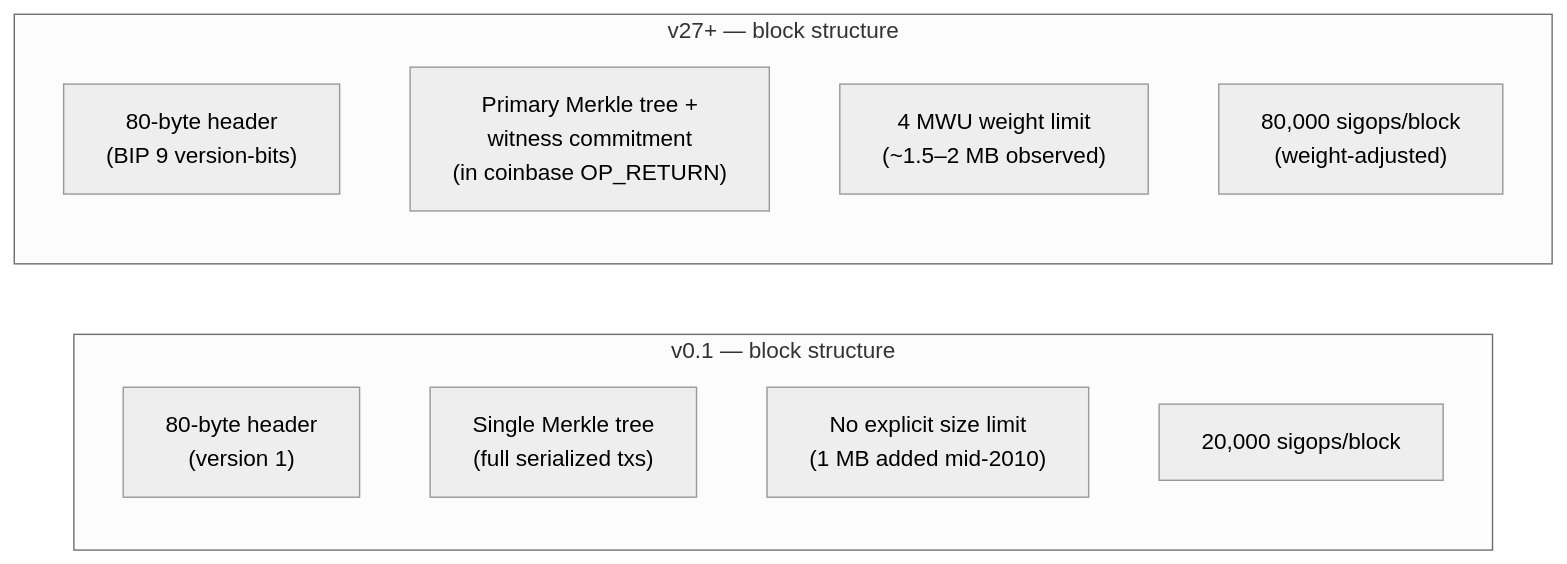
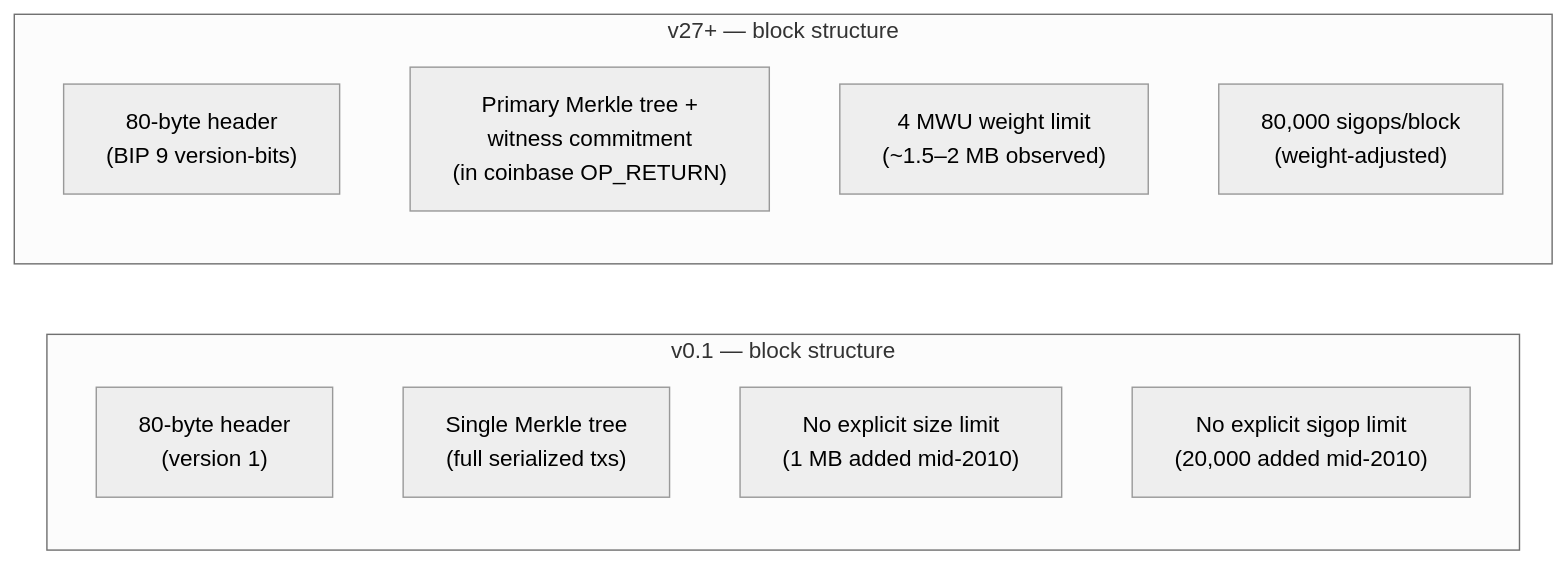
Before and after one commit to cypher256/BitcoinArchive: the fourth of 10 diagrams in src/data/entries/en/design/2009-01-03-bitcoin-architecture-evolution.md, drawn with Mermaid (neutral theme). The commit also changed other lines of this file and 19 other files, not shown here.

````diff
--- a/src/data/entries/en/design/2009-01-03-bitcoin-architecture-evolution.md
+++ b/src/data/entries/en/design/2009-01-03-bitcoin-architecture-evolution.md
@@ -148,18 +148,18 @@
 ```mermaid
 flowchart LR
     subgraph V01_BLK["v0.1 — block structure"]
         direction TB
         HDR_0["80-byte header<br/>(version 1)"]
         MERK_0["Single Merkle tree<br/>(full serialized txs)"]
         SIZE_0["No explicit size limit<br/>(1 MB added mid-2010)"]
-        SIGOP_0["20,000 sigops/block"]
+        SIGOP_0["No explicit sigop limit<br/>(20,000 added mid-2010)"]
     end
 
     subgraph V27_BLK["v27+ — block structure"]
         direction TB
         HDR_N["80-byte header<br/>(BIP 9 version-bits)"]
         MERK_N["Primary Merkle tree +<br/>witness commitment<br/>(in coinbase OP_RETURN)"]
         WEIGHT["4 MWU weight limit<br/>(~1.5–2 MB observed)"]
         SIGOP_N["80,000 sigops/block<br/>(weight-adjusted)"]
     end
 ```
````
